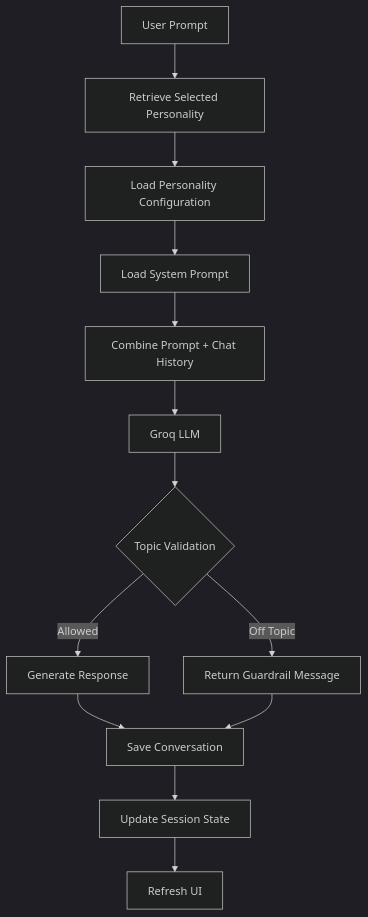
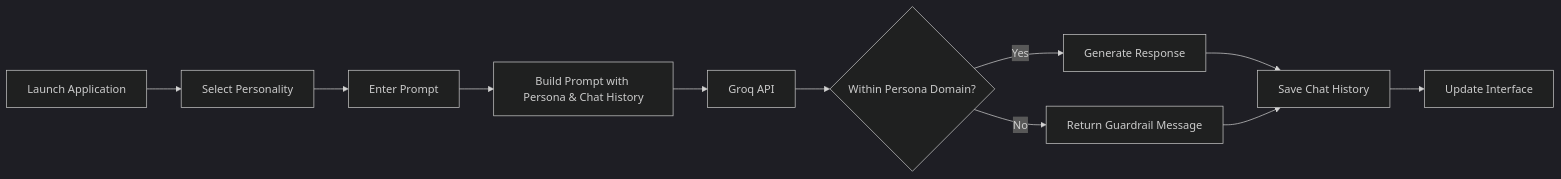
Before and after one commit to a-i-m-a-n/AI_AGENT: the diagram in README.md, drawn with Mermaid (dark theme). The commit also changed other lines of this file, not shown here.

````diff
--- a/README.md
+++ b/README.md
@@ -90,29 +54,13 @@
 ```mermaid
-graph TD
-
-A[User Prompt]
--->
-B[Retrieve Selected Personality]
-
-B --> C[Load Personality Configuration]
-
-C --> D[Load System Prompt]
-
-D --> E[Combine Prompt + Chat History]
-
-E --> F[Groq LLM]
-
-F --> G{Topic Validation}
-
-G -->|Allowed| H[Generate Response]
-
-G -->|Off Topic| I[Return Guardrail Message]
-
-H --> J[Save Conversation]
-
-I --> J
-
-J --> K[Update Session State]
-
-K --> L[Refresh UI]
+flowchart LR
+    A[Launch Application] --> B[Select Personality]
+    B --> C[Enter Prompt]
+    C --> D[Build Prompt with Persona & Chat History]
+    D --> E[Groq API]
+    E --> F{Within Persona Domain?}
+    F -->|Yes| G[Generate Response]
+    F -->|No| H[Return Guardrail Message]
+    G --> I[Save Chat History]
+    H --> I
+    I --> J[Update Interface]
 ```
````
